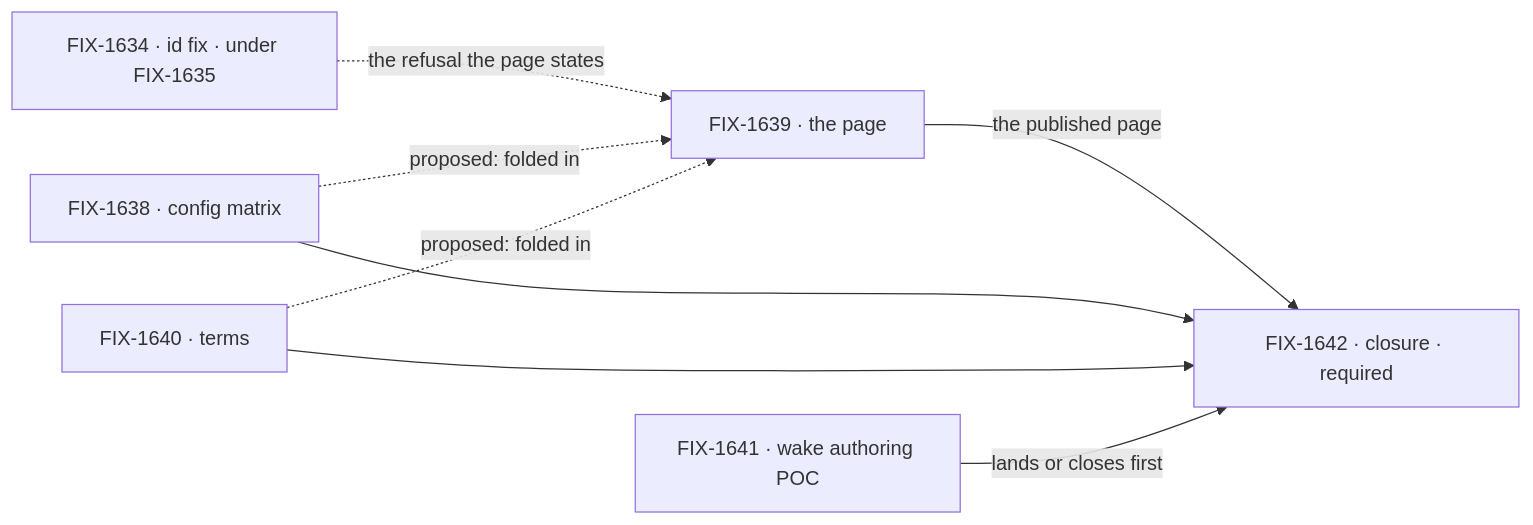
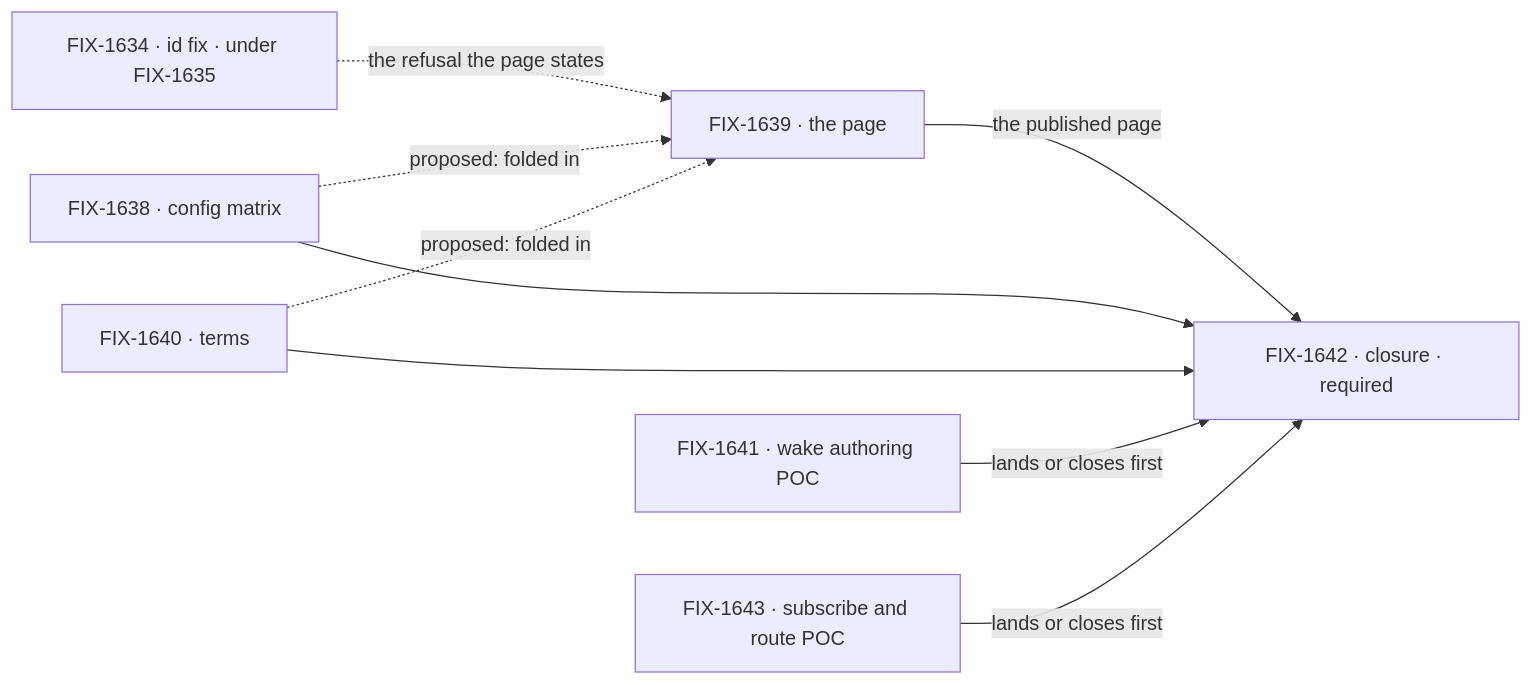
Before and after one commit to fixpoint-labs/flow-state-dev: the second of 2 diagrams in specs/epics/FIX-1637/SPEC.md, drawn with Mermaid. The commit also changed other lines of this file and 4 other files, not shown here.

First line of the commit message:
spec(epic): add FIX-1643 subscribe and route POC to the FIX-1637 set

````diff
--- a/specs/epics/FIX-1637/SPEC.md
+++ b/specs/epics/FIX-1637/SPEC.md
@@ -97,10 +99,11 @@
 ```mermaid
 flowchart LR
   I["FIX-1634 · id fix · under FIX-1635"] -.->|"the refusal the page states"| P["FIX-1639 · the page"]
   M["FIX-1638 · config matrix"] -.->|"proposed: folded in"| P
   G["FIX-1640 · terms"] -.->|"proposed: folded in"| P
   P -->|"the published page"| Z["FIX-1642 · closure · required"]
   M --> Z
   G --> Z
   E["FIX-1641 · wake authoring POC"] -->|"lands or closes first"| Z
+  S["FIX-1643 · subscribe and route POC"] -->|"lands or closes first"| Z
 ```
````
